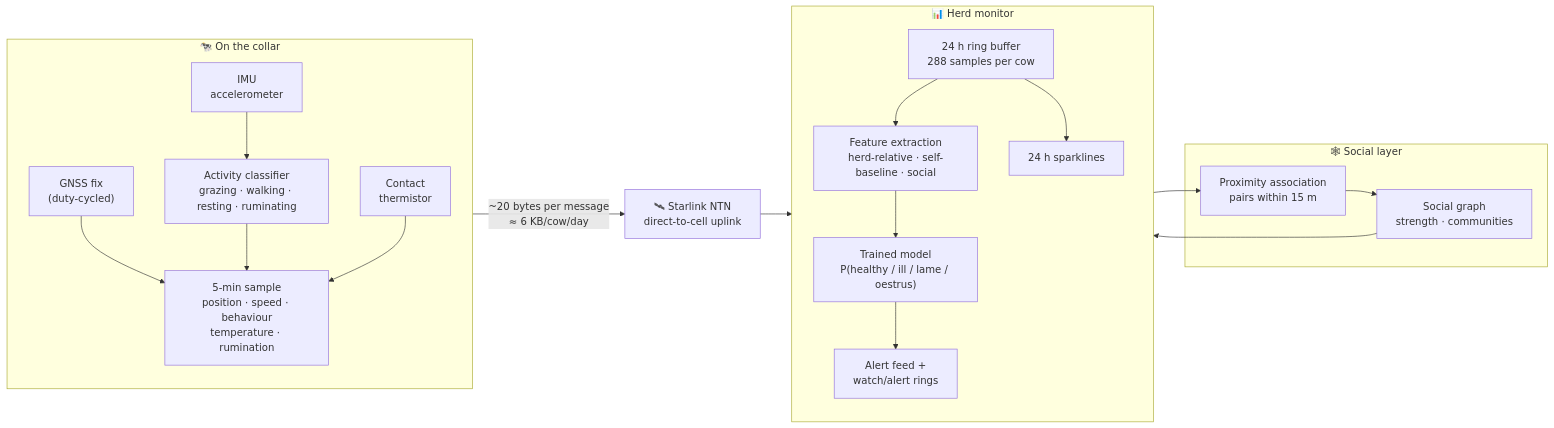
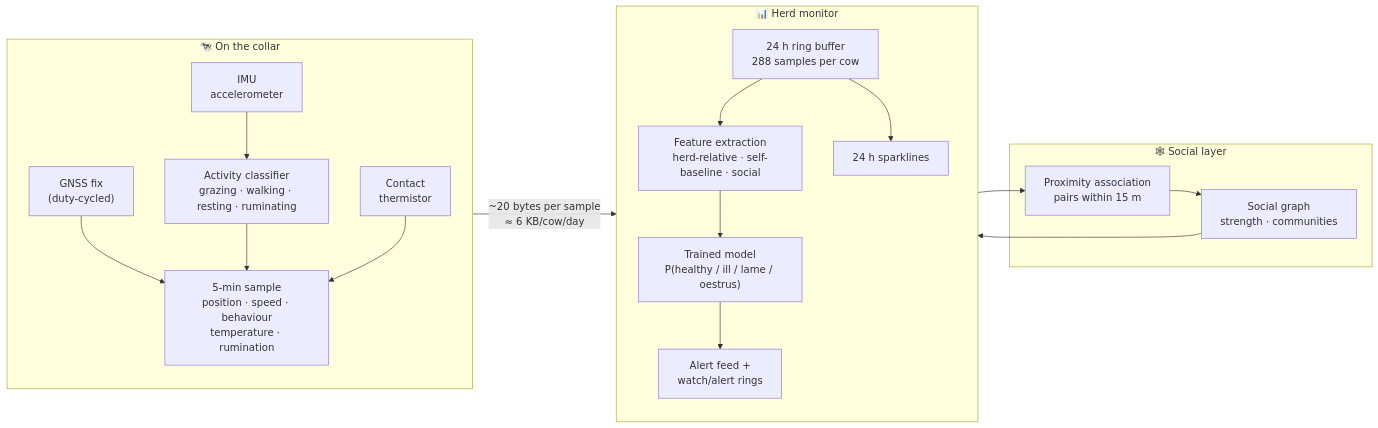
One commit to atodev/herdlink changed the diagram in docs-site/docs/telemetry.md. Above: the diagram before and after it, drawn with Mermaid. The commit also changed other lines of this file and 7 other files, not shown here.

````diff
--- a/docs-site/docs/telemetry.md
+++ b/docs-site/docs/telemetry.md
@@ -15,37 +15,36 @@
 ```mermaid
 flowchart LR
   subgraph collar["🐄 On the collar"]
     direction TB
     gnss["GNSS fix<br/>(duty-cycled)"]
     imu["IMU<br/>accelerometer"]
     therm["Contact<br/>thermistor"]
     cls["Activity classifier<br/>grazing · walking · resting · ruminating"]
     agg["5-min sample<br/>position · speed · behaviour<br/>temperature · rumination"]
     imu --> cls
     gnss --> agg
     cls --> agg
     therm --> agg
   end
 
-  agg -- "~20 bytes per message<br/>≈ 6 KB/cow/day" --> sat["🛰 Starlink NTN<br/>direct-to-cell uplink"]
-  sat --> buf
+  agg -- "~20 bytes per sample<br/>≈ 6 KB/cow/day" --> buf
 
   subgraph app["📊 Herd monitor"]
     direction TB
     buf["24 h ring buffer<br/>288 samples per cow"]
     feats["Feature extraction<br/>herd-relative · self-baseline · social"]
     model["Trained model<br/>P(healthy / ill / lame / oestrus)"]
     buf --> feats --> model
     model --> alerts["Alert feed +<br/>watch/alert rings"]
     buf --> spark["24 h sparklines"]
   end
 
   subgraph social["🕸 Social layer"]
     assoc["Proximity association<br/>pairs within 15 m"]
     graphv["Social graph<br/>strength · communities"]
     assoc --> graphv
   end
 
   buf --> assoc
   graphv --> feats
 ```
````
